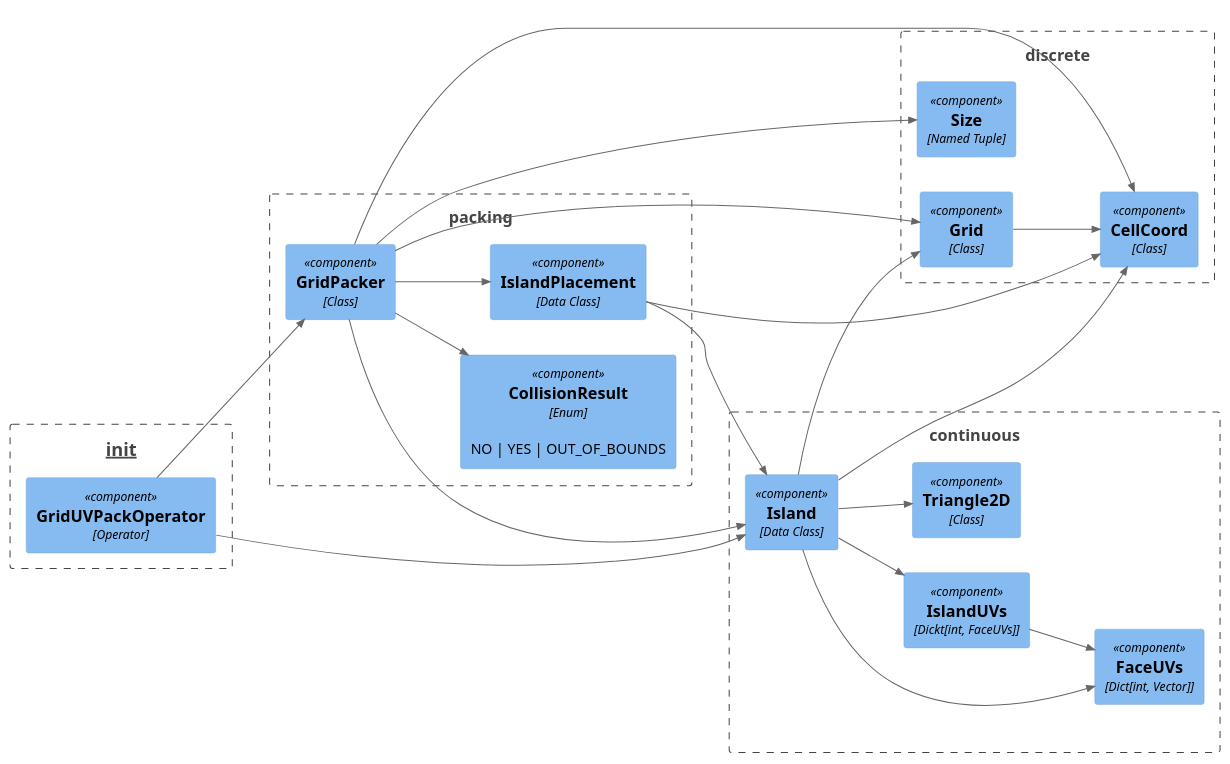
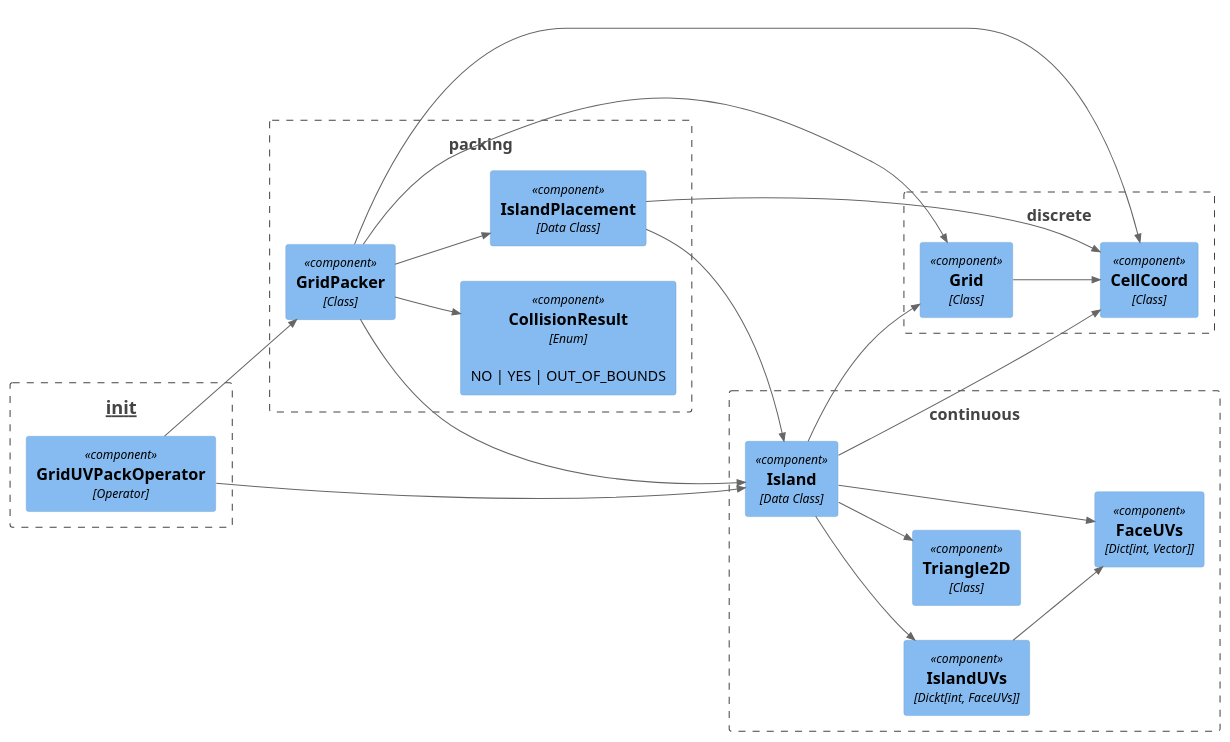
The diagram in doc/arch/Component_Diagram.plantuml (muhuk/grid-uv-packer), drawn with PlantUML before and after one commit. The commit also changed other lines of this file and 2 other files, not shown here.

Commit message:
Remoe guvp.discrete.Size.

```diff
--- a/doc/arch/Component_Diagram.plantuml
+++ b/doc/arch/Component_Diagram.plantuml
@@ -1,52 +1,50 @@
 @startuml Component_Diagram
 !include ../c4/C4_Component.puml
 LAYOUT_LEFT_RIGHT()
 
 Boundary(moduleInit, "__init__") {
   Component(gridUvPackOperator, "GridUVPackOperator", "Operator")
 }
 
 Boundary(moduleContinuous, "continuous") {
   Component(faceUvs, "FaceUVs", "Dict[int, Vector]")
   Component(islandUvs, "IslandUVs", "Dickt[int, FaceUVs]")
   Component(island, "Island", "Data Class")
   Component(triangle2d, "Triangle2D", "Class")
 
   Rel(island, faceUvs, " ")
   Rel(island, islandUvs, " ")
   Rel(island, triangle2d, " ")
 
   Rel(islandUvs, faceUvs, " ")
 }
 
 Boundary(moduleData, "packing") {
   Component(collisionResult, "CollisionResult", "Enum", "NO | YES | OUT_OF_BOUNDS")
   Component(gridPacker, "GridPacker", "Class")
   Component(islandPlacement, "IslandPlacement", "Data Class")
 
   Rel(gridPacker, collisionResult, " ")
   Rel(gridPacker, islandPlacement, " ")
 }
 
 Boundary(moduleDiscrete, "discrete") {
   Component(cellCoord, "CellCoord", "Class")
   Component(grid, "Grid", "Class")
-  Component(size, "Size", "Named Tuple")
 
   Rel(grid, cellCoord, " ")
 }
 
 Rel(gridUvPackOperator, gridPacker, " ")
 Rel(gridUvPackOperator, island, " ")
 
 Rel(gridPacker, cellCoord, " ")
 Rel(gridPacker, grid, " ")
 Rel(gridPacker, island, " ")
-Rel(gridPacker, size, " ")
 
 Rel(island, cellCoord, " ")
 Rel(island, grid, " ")
 
 Rel(islandPlacement, island, " ")
 Rel(islandPlacement, cellCoord, " ")
 @enduml
```
